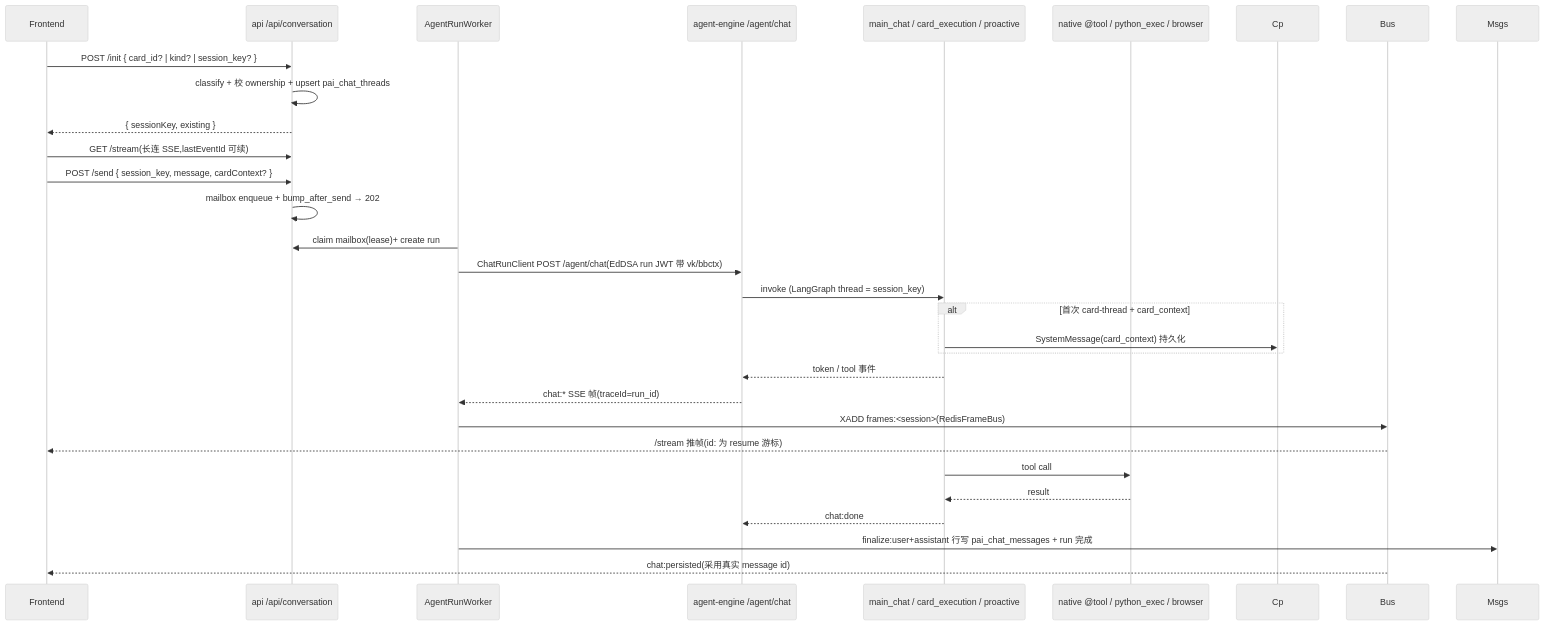
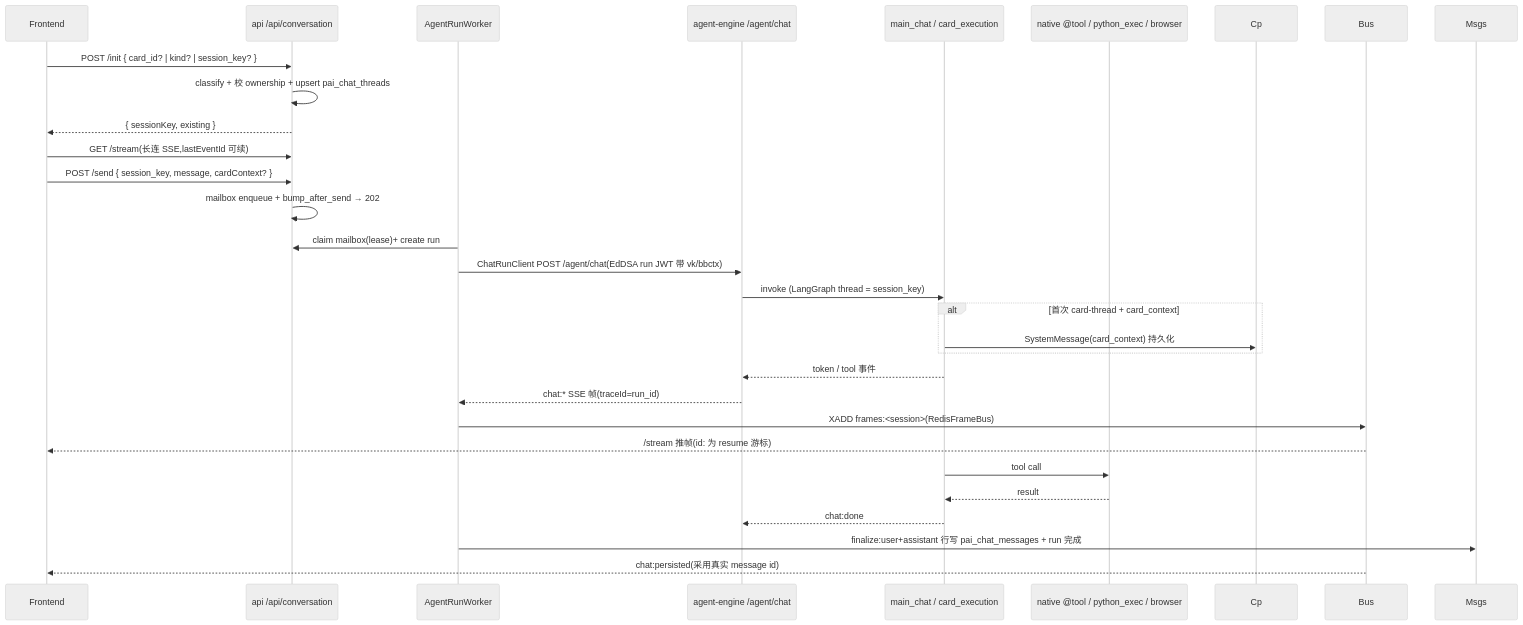
Before and after one commit to Edge-AI-HQ/proactive-assistant: the second of 2 diagrams in docs/modules/execution.mdx, drawn with Mermaid (neutral theme). The commit also changed other lines of this file and 9 other files, not shown here.

````diff
--- a/docs/modules/execution.mdx
+++ b/docs/modules/execution.mdx
@@ -78,31 +78,31 @@
 ```mermaid
 sequenceDiagram
   participant FE as Frontend
   participant Web as api /api/conversation
   participant Worker as AgentRunWorker
   participant Chat as agent-engine /agent/chat
-  participant Agent as main_chat / card_execution / proactive
+  participant Agent as main_chat / card_execution
   participant Tool as native @tool / python_exec / browser
 
   FE->>Web: POST /init { card_id? | kind? | session_key? }
   Web->>Web: classify + 校 ownership + upsert pai_chat_threads
   Web-->>FE: { sessionKey, existing }
   FE->>Web: GET /stream(长连 SSE,lastEventId 可续)
   FE->>Web: POST /send { session_key, message, cardContext? }
   Web->>Web: mailbox enqueue + bump_after_send → 202
   Worker->>Web: claim mailbox(lease)+ create run
   Worker->>Chat: ChatRunClient POST /agent/chat(EdDSA run JWT 带 vk/bbctx)
   Chat->>Agent: invoke (LangGraph thread = session_key)
   alt 首次 card-thread + card_context
     Agent->>Cp: SystemMessage(card_context) 持久化
   end
   Agent-->>Chat: token / tool 事件
   Chat-->>Worker: chat:* SSE 帧(traceId=run_id)
   Worker->>Bus: XADD frames:<session>(RedisFrameBus)
   Bus-->>FE: /stream 推帧(id: 为 resume 游标)
   Agent->>Tool: tool call
   Tool-->>Agent: result
   Agent-->>Chat: chat:done
   Worker->>Msgs: finalize:user+assistant 行写 pai_chat_messages + run 完成
   Bus-->>FE: chat:persisted(采用真实 message id)
 ```
````
